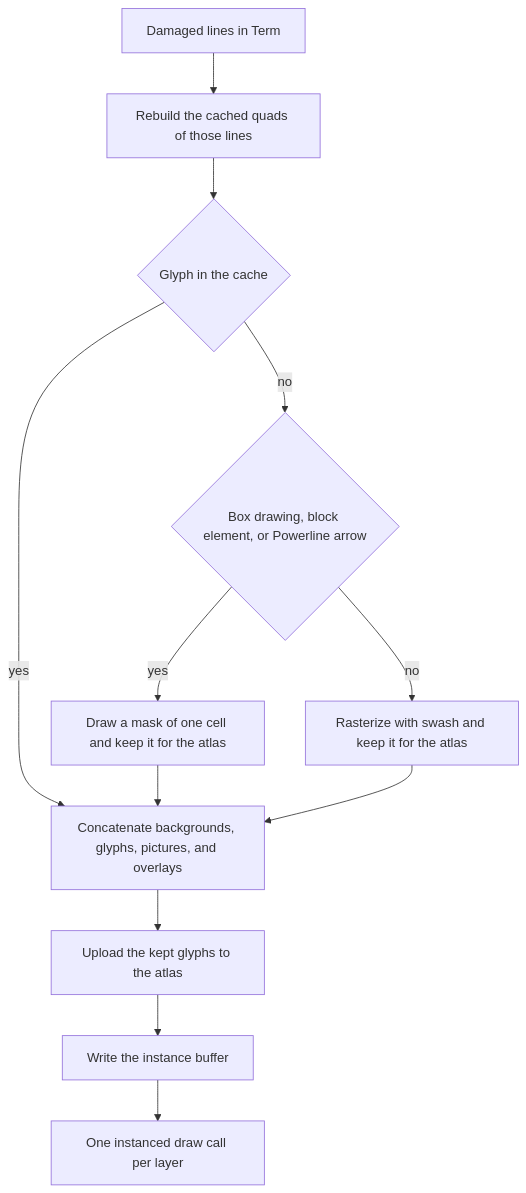
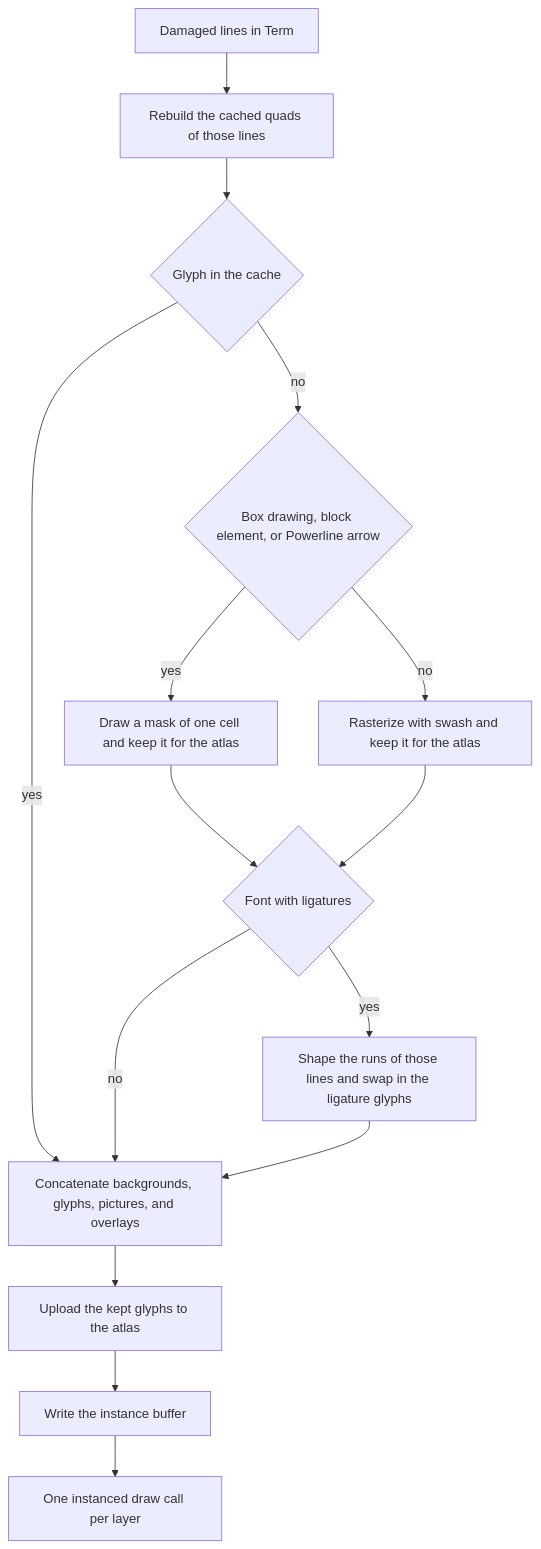
Diagram 12 of 12 in docs/architecture.md (riya-amemiya/Dartel), drawn with Mermaid before and after one commit. The commit also changed other lines of this file and 4 other files, not shown here.

First line of the commit message:
feat: draw the ligatures of the font (#33)

````diff
--- a/docs/architecture.md
+++ b/docs/architecture.md
@@ -666,14 +666,17 @@
 ```mermaid
 flowchart TD
     damage["Damaged lines in Term"] --> rebuild["Rebuild the cached quads of those lines"]
     rebuild --> cached{"Glyph in the cache"}
     cached -- yes --> frame["Concatenate backgrounds, glyphs, pictures, and overlays"]
     cached -- no --> drawn{"Box drawing, block element, or Powerline arrow"}
     drawn -- yes --> mask["Draw a mask of one cell and keep it for the atlas"]
     drawn -- no --> raster["Rasterize with swash and keep it for the atlas"]
-    mask --> frame
-    raster --> frame
+    mask --> ligatures{"Font with ligatures"}
+    raster --> ligatures
+    ligatures -- yes --> shape["Shape the runs of those lines and swap in the ligature glyphs"]
+    ligatures -- no --> frame
+    shape --> frame
     frame --> upload["Upload the kept glyphs to the atlas"]
     upload --> buffer["Write the instance buffer"]
     buffer --> draw["One instanced draw call per layer"]
 ```
````
